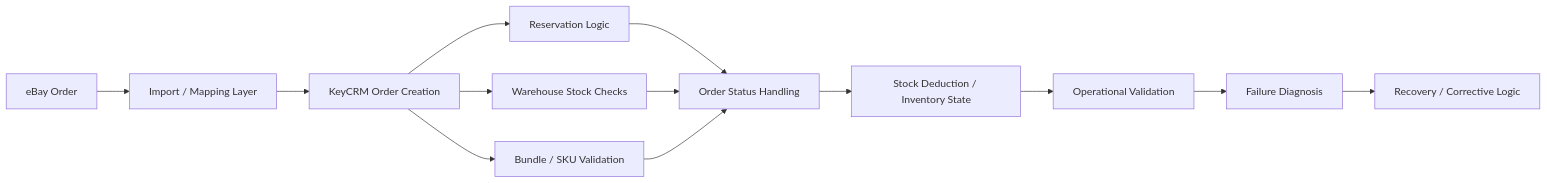
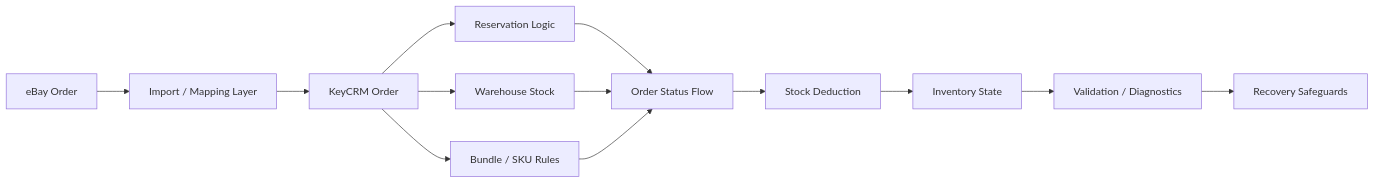
The diagram in cases/ebay-keycrm/README.md (Faleovad/portfolio), drawn with Mermaid before and after one commit. The commit also changed other lines of this file, not shown here.

Commit message:
Polish eBay-KeyCRM reliability case study

````diff
--- a/cases/ebay-keycrm/README.md
+++ b/cases/ebay-keycrm/README.md
@@ -72,19 +49,19 @@
 ```mermaid
 flowchart LR
     A[eBay Order] --> B[Import / Mapping Layer]
-    B --> C[KeyCRM Order Creation]
+    B --> C[KeyCRM Order]
 
     C --> D[Reservation Logic]
-    C --> E[Warehouse Stock Checks]
-    C --> F[Bundle / SKU Validation]
+    C --> E[Warehouse Stock]
+    C --> F[Bundle / SKU Rules]
 
-    D --> G[Order Status Handling]
+    D --> G[Order Status Flow]
     E --> G
     F --> G
 
-    G --> H[Stock Deduction / Inventory State]
-    H --> I[Operational Validation]
+    G --> H[Stock Deduction]
+    H --> I[Inventory State]
 
-    I --> J[Failure Diagnosis]
-    J --> K[Recovery / Corrective Logic]
+    I --> J[Validation / Diagnostics]
+    J --> K[Recovery Safeguards]
 ```
````
